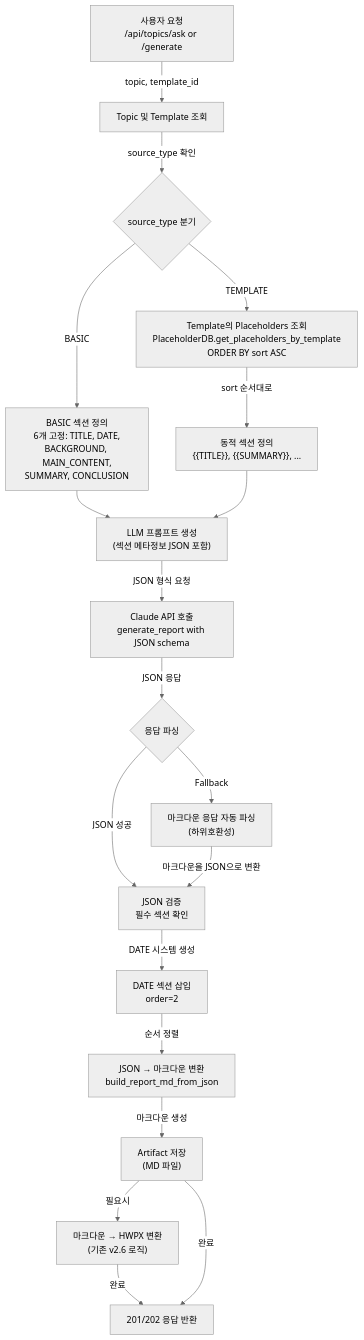
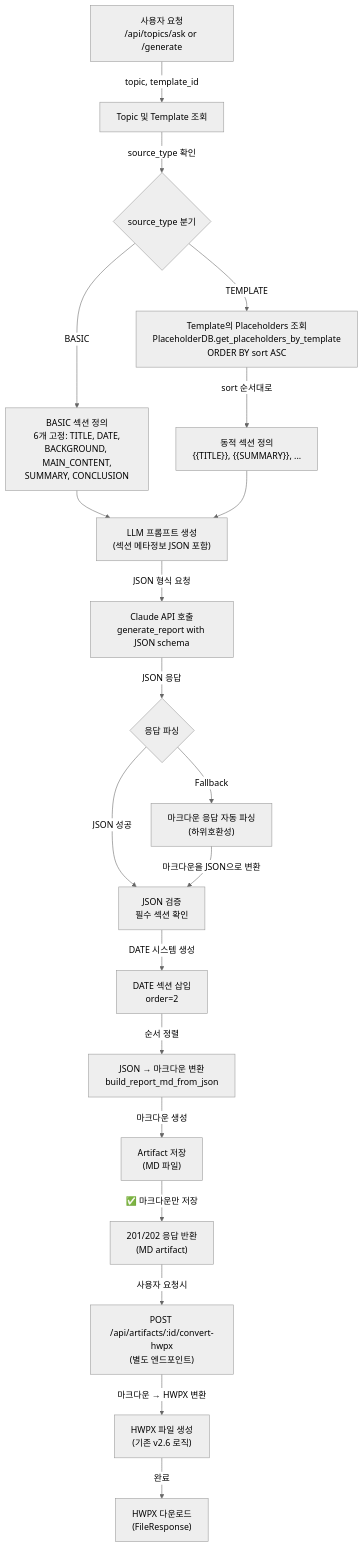
Before and after one commit to jaehyodev/hwp-report-generator: the first of 2 diagrams in backend/doc/specs/20251128_json_structured_section_metadata.md, drawn with Mermaid (neutral theme). The commit also changed other lines of this file and 7 other files, not shown here.

````diff
--- a/backend/doc/specs/20251128_json_structured_section_metadata.md
+++ b/backend/doc/specs/20251128_json_structured_section_metadata.md
@@ -168,35 +403,38 @@
 ```mermaid
 flowchart TD
     A["사용자 요청\n/api/topics/ask or /generate"] -->|topic, template_id| B["Topic 및 Template 조회"]
 
     B -->|source_type 확인| C{source_type 분기}
 
     C -->|BASIC| D["BASIC 섹션 정의\n6개 고정: TITLE, DATE,\nBACKGROUND, MAIN_CONTENT,\nSUMMARY, CONCLUSION"]
 
     C -->|TEMPLATE| E["Template의 Placeholders 조회\nPlaceholderDB.get_placeholders_by_template\nORDER BY sort ASC"]
 
     E -->|sort 순서대로| F["동적 섹션 정의\n{{TITLE}}, {{SUMMARY}}, ..."]
 
     D --> G["LLM 프롬프트 생성\n(섹션 메타정보 JSON 포함)"]
     F --> G
 
     G -->|JSON 형식 요청| H["Claude API 호출\ngenerate_report with JSON schema"]
 
     H -->|JSON 응답| I{응답 파싱}
 
     I -->|JSON 성공| J["JSON 검증\n필수 섹션 확인"]
     I -->|Fallback| K["마크다운 응답 자동 파싱\n(하위호환성)"]
 
     K -->|마크다운을 JSON으로 변환| J
 
     J -->|DATE 시스템 생성| L["DATE 섹션 삽입\norder=2"]
 
     L -->|순서 정렬| M["JSON → 마크다운 변환\nbuild_report_md_from_json"]
 
     M -->|마크다운 생성| N["Artifact 저장\n(MD 파일)"]
 
-    N -->|필요시| O["마크다운 → HWPX 변환\n(기존 v2.6 로직)"]
+    N -->|✅ 마크다운만 저장| P["201/202 응답 반환\n(MD artifact)"]
 
-    O -->|완료| P["201/202 응답 반환"]
-    N -->|완료| P
+    P -->|사용자 요청시| Q["POST /api/artifacts/:id/convert-hwpx\n(별도 엔드포인트)"]
+
+    Q -->|마크다운 → HWPX 변환| R["HWPX 파일 생성\n(기존 v2.6 로직)"]
+
+    R -->|완료| S["HWPX 다운로드\n(FileResponse)"]
 ```
````
